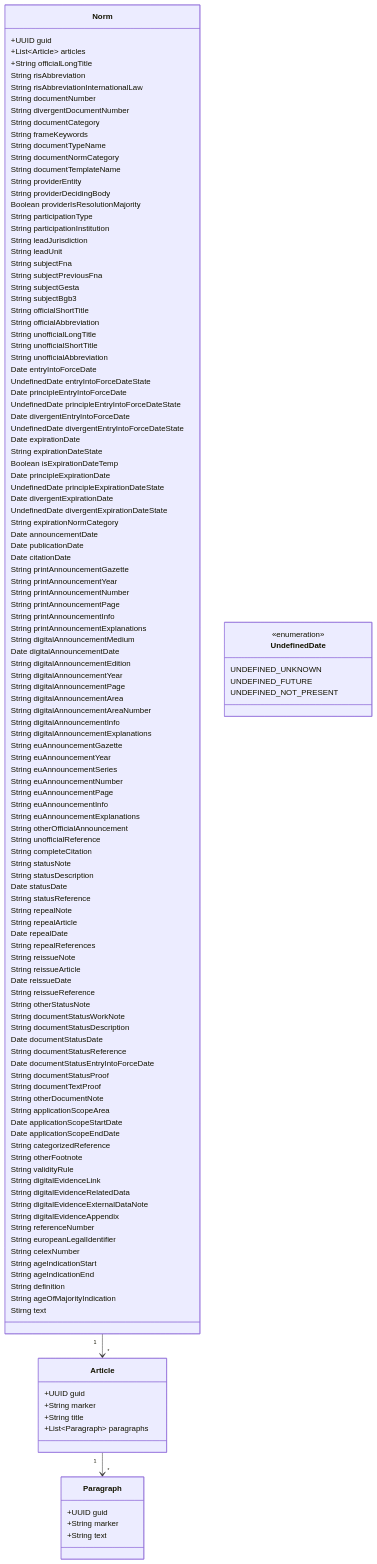
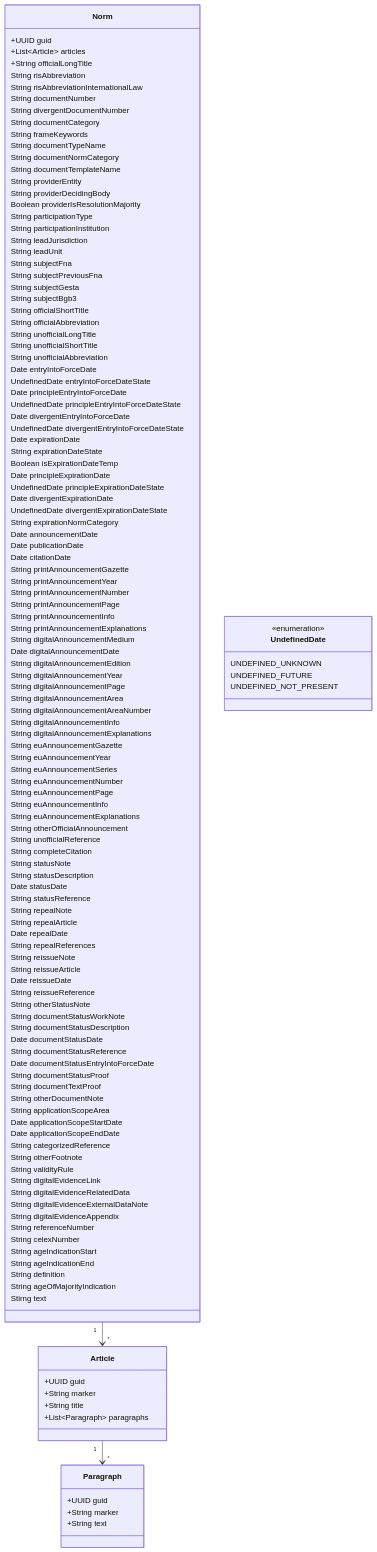
Before and after one commit to digitalservicebund/ris-backend-service: the diagram in doc/norms/domain-model.md, drawn with Mermaid. The commit also changed 2 other files, not shown here.

Commit message:
Removed Eli from import use case & database model

```diff
--- a/doc/norms/domain-model.md
+++ b/doc/norms/domain-model.md
@@ -128,8 +128,6 @@
 
     String referenceNumber
 
-    String europeanLegalIdentifier
-
     String celexNumber
 
     String ageIndicationStart
```
